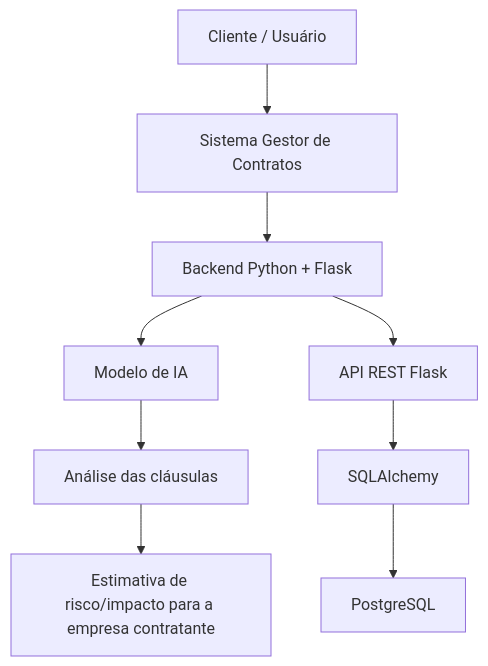
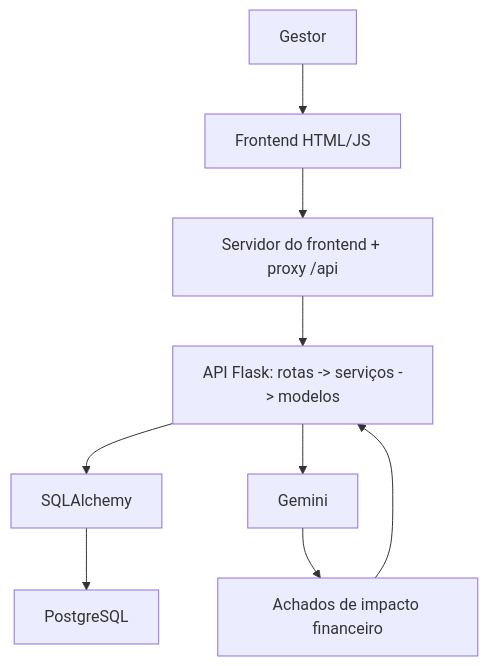
Before and after one commit to Omega-Fiap/cp2-gestao-contratos: the diagram in README.md, drawn with Mermaid. The commit also changed other lines of this file and 4 other files, not shown here.

````diff
--- a/README.md
+++ b/README.md
@@ -200,11 +208,11 @@
 ```mermaid
 flowchart TD
-    A[Cliente / Usuário] --> B[Sistema Gestor de Contratos]
-    B --> C[Backend Python + Flask]
-    C --> D[Modelo de IA]
-    D --> E[Análise das cláusulas]
-    E --> F[Estimativa de risco/impacto para a empresa contratante]
-    C --> G[API REST Flask]
-    G --> H[SQLAlchemy]
-    H --> I[PostgreSQL]
+    A[Gestor] --> B[Frontend HTML/JS]
+    B --> C[Servidor do frontend + proxy /api]
+    C --> D[API Flask: rotas -> serviços -> modelos]
+    D --> E[SQLAlchemy]
+    E --> F[PostgreSQL]
+    D --> G[Gemini]
+    G --> H[Achados de impacto financeiro]
+    H --> D
 ```
````
